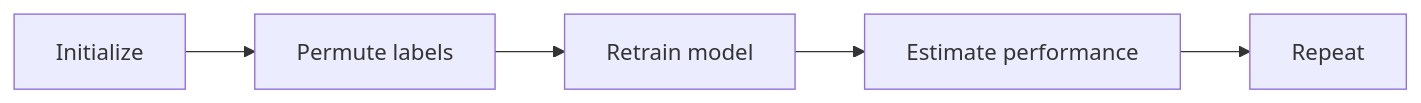
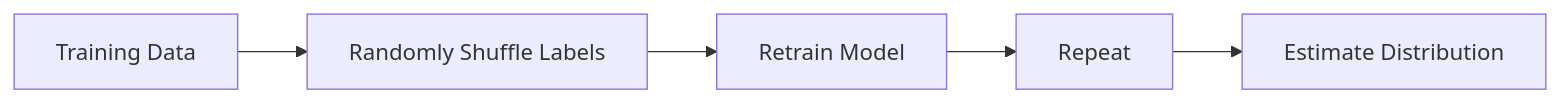
Before and after one commit to blebleblee/synapse: the second of 3 diagrams in topics/computing/ai/foundations_of_ml/04_model_evaluation_and_cross_validation/lesson_04_advanced_evaluation_strategies.md, drawn with Mermaid. The commit also changed other lines of this file and 4 other files, not shown here.

````diff
--- a/topics/computing/ai/foundations_of_ml/04_model_evaluation_and_cross_validation/lesson_04_advanced_evaluation_strategies.md
+++ b/topics/computing/ai/foundations_of_ml/04_model_evaluation_and_cross_validation/lesson_04_advanced_evaluation_strategies.md
@@ -27,7 +29,7 @@
 ```mermaid
 graph LR
-    A[Initialize] --> B[Permute labels]
-    B --> C[Retrain model]
-    C --> D[Estimate performance]
-    D --> E[Repeat]
+    A["Training Data"] --> B["Randomly Shuffle Labels"]
+    B --> C["Retrain Model"]
+    C --> D["Repeat"]
+    D --> E["Estimate Distribution"]
 ```
````
